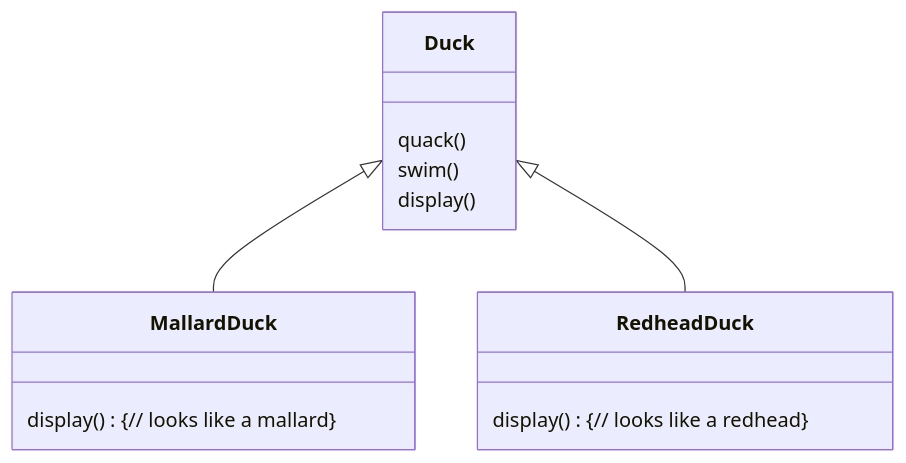
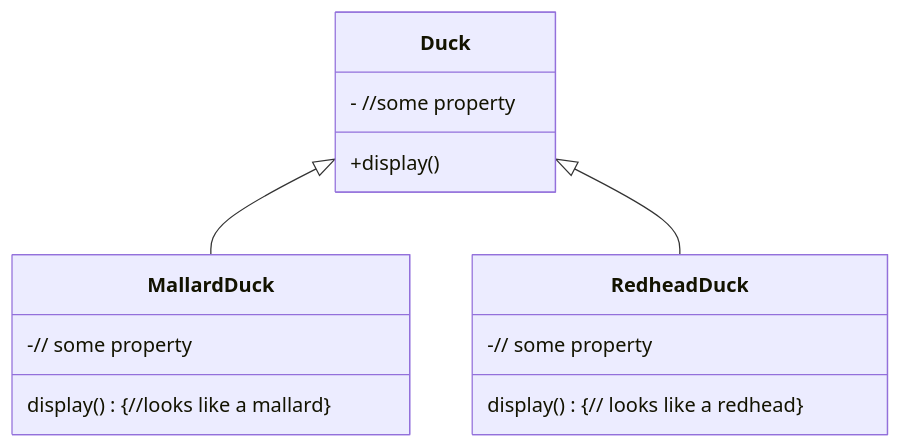
Before and after one commit to sbwkl/sbwkl.github.io: the first of 4 diagrams in post/2020/04/head-first-design-patterns-1.md, drawn with Mermaid. The commit also changed other lines of this file and 3 other files, not shown here.

Commit message:
增加 mermaid 支持，修改类图

````diff
--- a/post/2020/04/head-first-design-patterns-1.md
+++ b/post/2020/04/head-first-design-patterns-1.md
@@ -5,10 +5,13 @@
 ```mermaid
 classDiagram
 Duck <|-- MallardDuck
 Duck <|-- RedheadDuck
-Duck : quack()
-Duck : swim()
-Duck : display()
-MallardDuck : display() {// looks like a mallard}
+class Duck {
+    - //some property
+    +display()
+}
+MallardDuck : -// some property
+MallardDuck : display() {//looks like a mallard}
+RedheadDuck : -// some property
 RedheadDuck : display() {// looks like a redhead}
 ```
````
